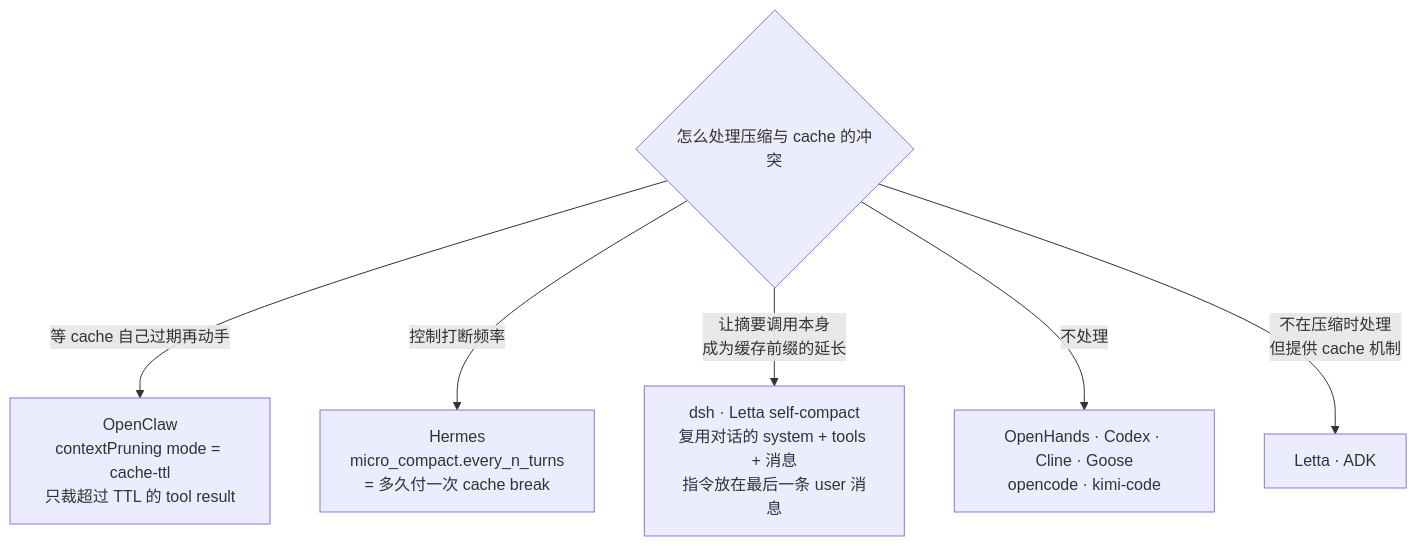
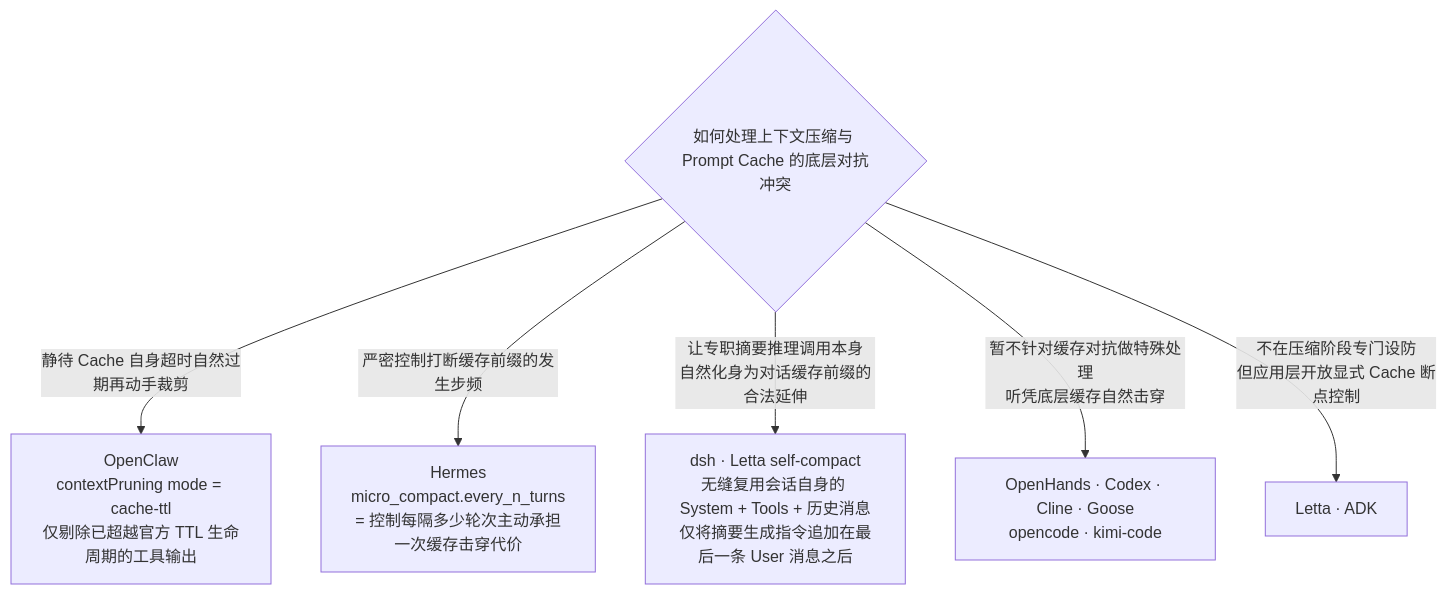
Before and after one commit to caiboyang/ML-learning: the fifth of 19 diagrams in agent-context-compression/Agent_Context_Compression_Research.md, drawn with Mermaid. The commit also changed other lines of this file and 4 other files, not shown here.

````diff
--- a/agent-context-compression/Agent_Context_Compression_Research.md
+++ b/agent-context-compression/Agent_Context_Compression_Research.md
@@ -299,9 +301,9 @@
 ```mermaid
 flowchart TD
-    Q{"怎么处理压缩与 cache 的冲突"}
-    Q -->|"等 cache 自己过期再动手"| A["OpenClaw<br/>contextPruning mode = cache-ttl<br/>只裁超过 TTL 的 tool result"]
-    Q -->|"控制打断频率"| B["Hermes<br/>micro_compact.every_n_turns<br/>= 多久付一次 cache break"]
-    Q -->|"让摘要调用本身<br/>成为缓存前缀的延长"| E["dsh · Letta self-compact<br/>复用对话的 system + tools + 消息<br/>指令放在最后一条 user 消息"]
-    Q -->|"不处理"| C["OpenHands · Codex · Cline · Goose<br/>opencode · kimi-code"]
-    Q -->|"不在压缩时处理<br/>但提供 cache 机制"| D["Letta · ADK"]
+    Q{"如何处理上下文压缩与 Prompt Cache 的底层对抗冲突"}
+    Q -->|"静待 Cache 自身超时自然过期再动手裁剪"| A["OpenClaw<br/>contextPruning mode = cache-ttl<br/>仅剔除已超越官方 TTL 生命周期的工具输出"]
+    Q -->|"严密控制打断缓存前缀的发生步频"| B["Hermes<br/>micro_compact.every_n_turns<br/>= 控制每隔多少轮次主动承担一次缓存击穿代价"]
+    Q -->|"让专职摘要推理调用本身<br/>自然化身为对话缓存前缀的合法延伸"| E["dsh · Letta self-compact<br/>无缝复用会话自身的 System + Tools + 历史消息<br/>仅将摘要生成指令追加在最后一条 User 消息之后"]
+    Q -->|"暂不针对缓存对抗做特殊处理<br/>听凭底层缓存自然击穿"| C["OpenHands · Codex · Cline · Goose<br/>opencode · kimi-code"]
+    Q -->|"不在压缩阶段专门设防<br/>但应用层开放显式 Cache 断点控制"| D["Letta · ADK"]
 ```
````
